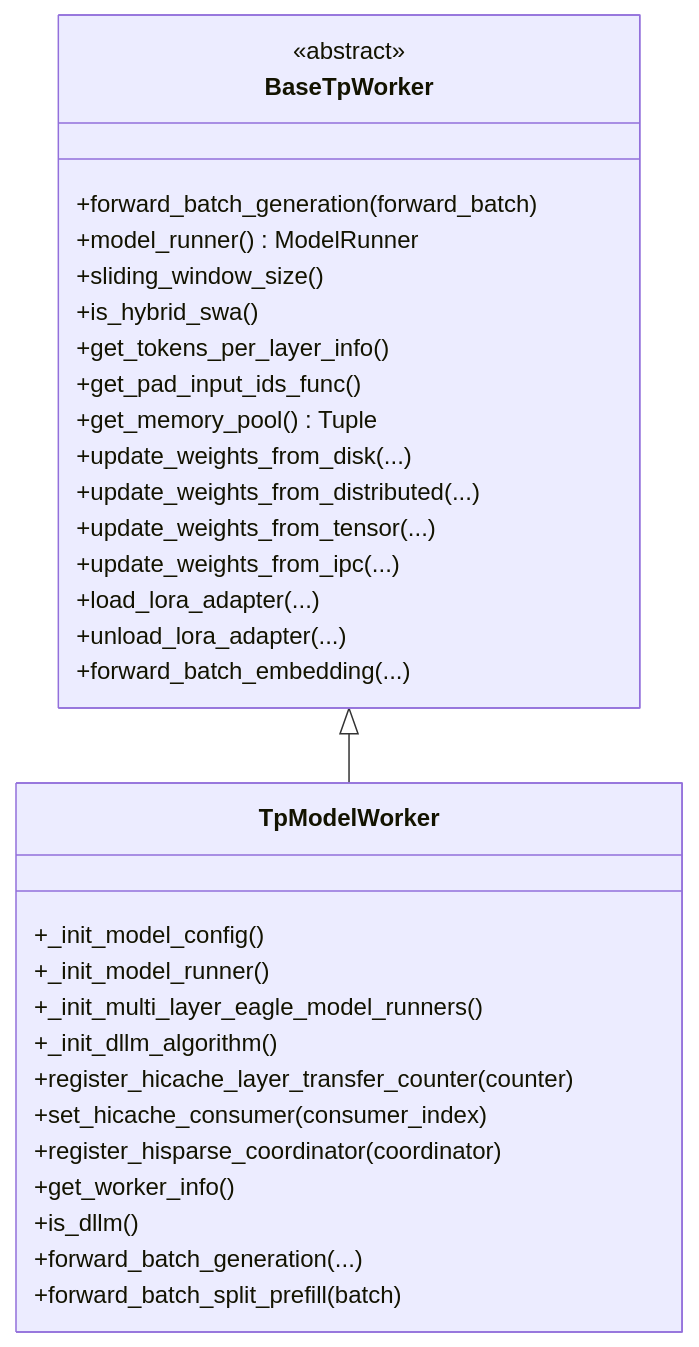
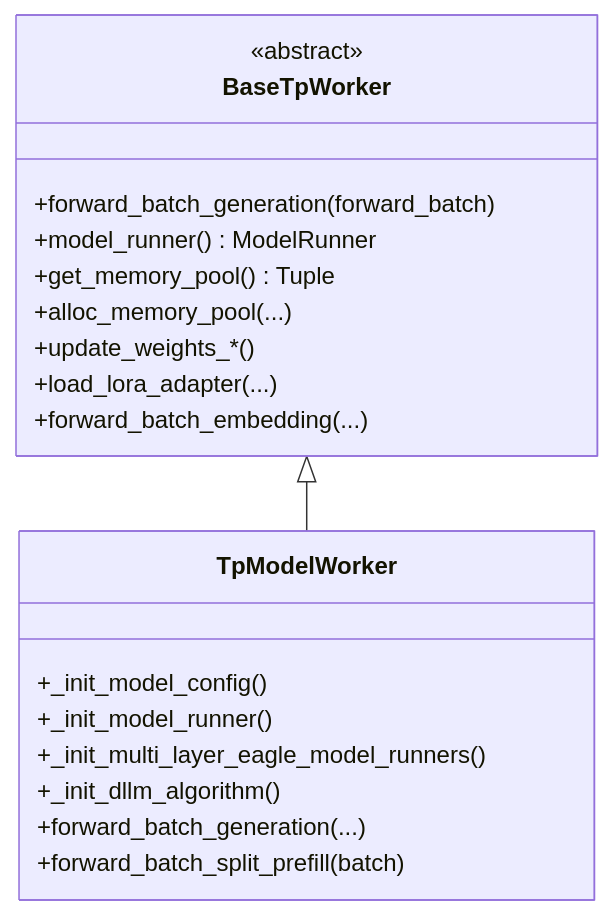
Before and after one commit to learning-sketch/wiki: the first of 2 diagrams in sglang/modules/managers.md, drawn with Mermaid. The commit also changed other lines of this file and 5 other files, not shown here.

````diff
--- a/sglang/modules/managers.md
+++ b/sglang/modules/managers.md
@@ -147,34 +155,22 @@
 ```mermaid
 classDiagram
     class BaseTpWorker {
         <<abstract>>
         +forward_batch_generation(forward_batch)
         +model_runner() ModelRunner
-        +sliding_window_size()
-        +is_hybrid_swa()
-        +get_tokens_per_layer_info()
-        +get_pad_input_ids_func()
         +get_memory_pool() Tuple
-        +update_weights_from_disk(...)
-        +update_weights_from_distributed(...)
-        +update_weights_from_tensor(...)
-        +update_weights_from_ipc(...)
+        +alloc_memory_pool(...)
+        +update_weights_*()
         +load_lora_adapter(...)
-        +unload_lora_adapter(...)
         +forward_batch_embedding(...)
     }
     class TpModelWorker {
         +_init_model_config()
         +_init_model_runner()
         +_init_multi_layer_eagle_model_runners()
         +_init_dllm_algorithm()
-        +register_hicache_layer_transfer_counter(counter)
-        +set_hicache_consumer(consumer_index)
-        +register_hisparse_coordinator(coordinator)
-        +get_worker_info()
-        +is_dllm()
         +forward_batch_generation(...)
         +forward_batch_split_prefill(batch)
     }
     BaseTpWorker <|-- TpModelWorker
 ```
````
